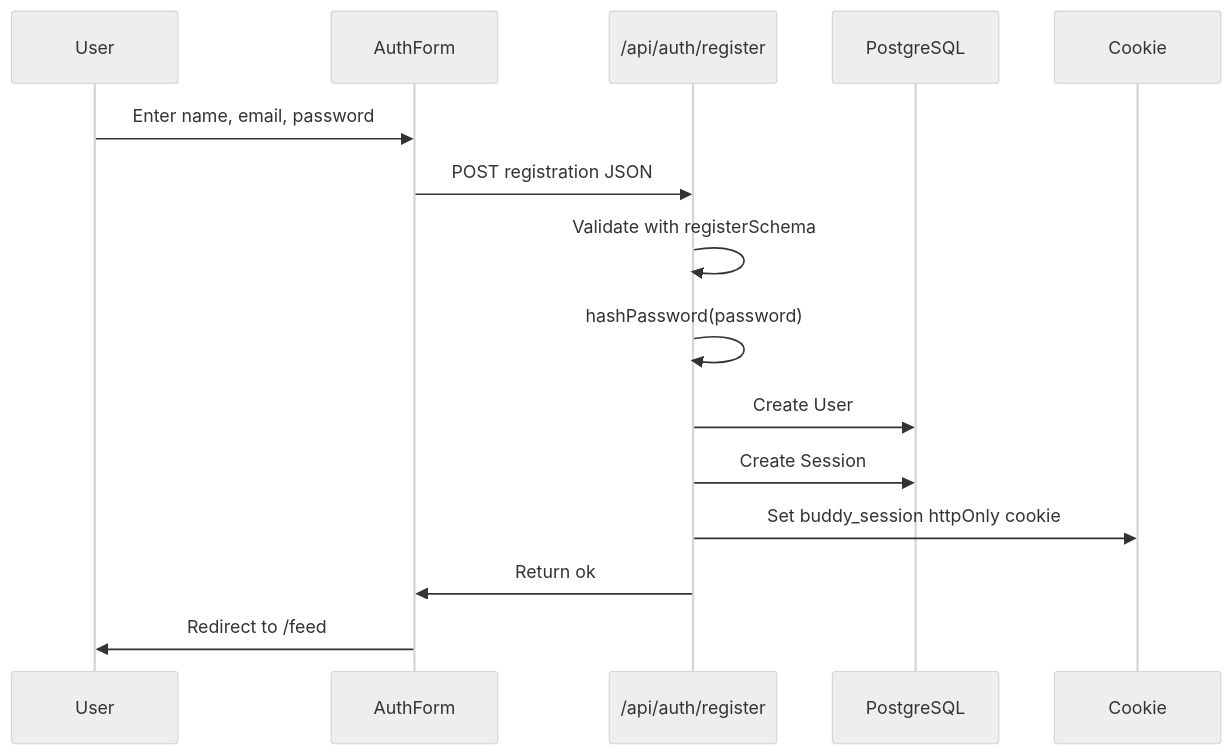
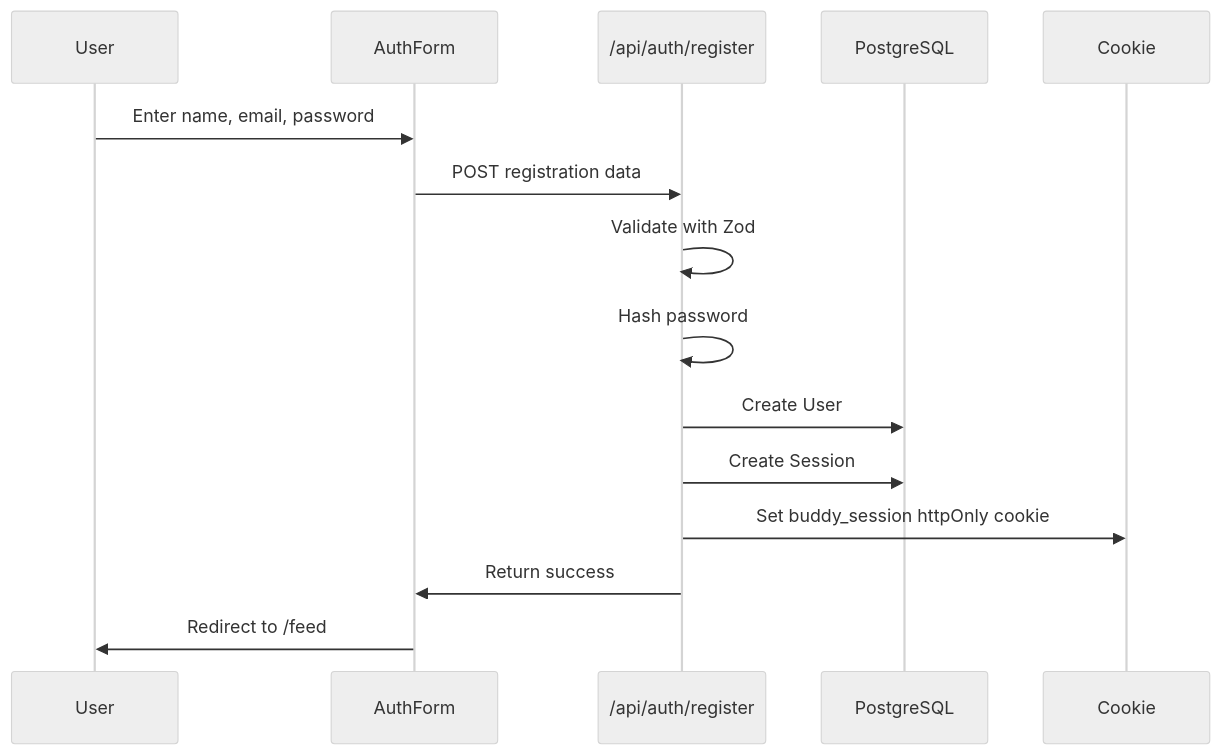
Before and after one commit to Msajib/buddy-script: the third of 4 diagrams in SYSTEM_DESIGN_NOTES.md, drawn with Mermaid (neutral theme). The commit also changed other lines of this file and 6 other files, not shown here.

````diff
--- a/SYSTEM_DESIGN_NOTES.md
+++ b/SYSTEM_DESIGN_NOTES.md
@@ -157,18 +375,18 @@
 ```mermaid
 sequenceDiagram
   participant U as User
   participant F as AuthForm
   participant A as /api/auth/register
   participant DB as PostgreSQL
   participant C as Cookie
 
   U->>F: Enter name, email, password
-  F->>A: POST registration JSON
-  A->>A: Validate with registerSchema
-  A->>A: hashPassword(password)
+  F->>A: POST registration data
+  A->>A: Validate with Zod
+  A->>A: Hash password
   A->>DB: Create User
   A->>DB: Create Session
   A->>C: Set buddy_session httpOnly cookie
-  A->>F: Return ok
+  A->>F: Return success
   F->>U: Redirect to /feed
 ```
````
